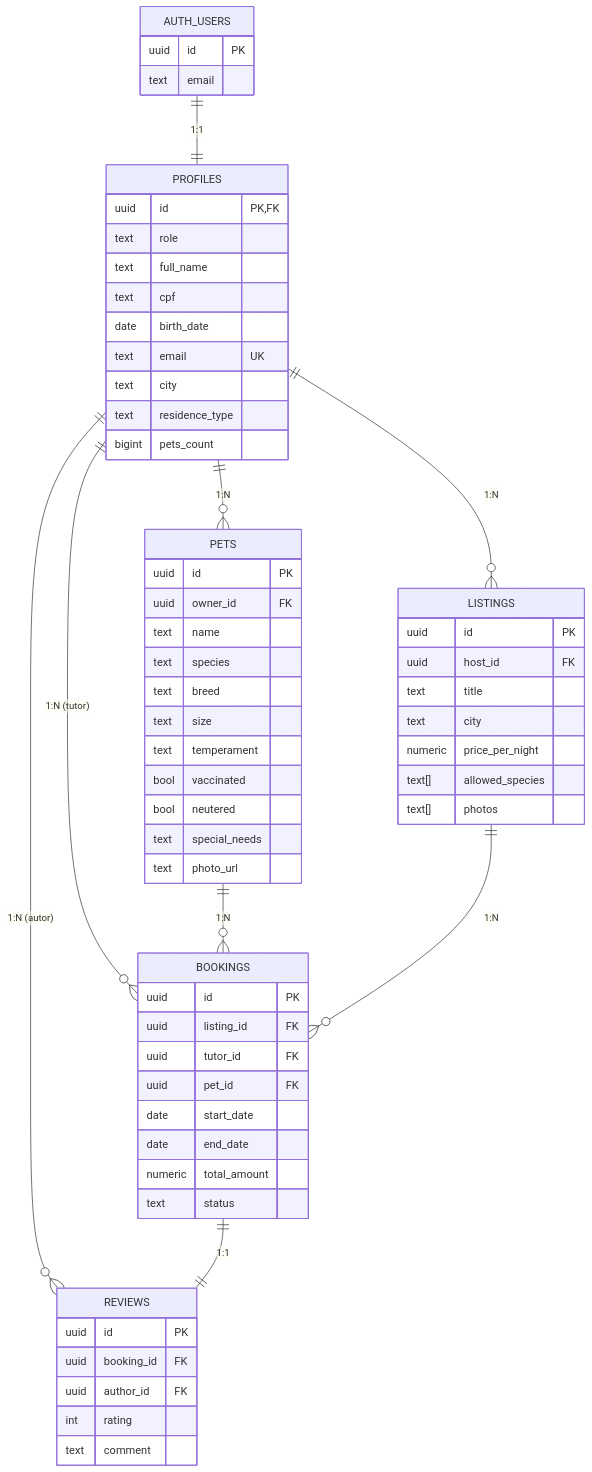
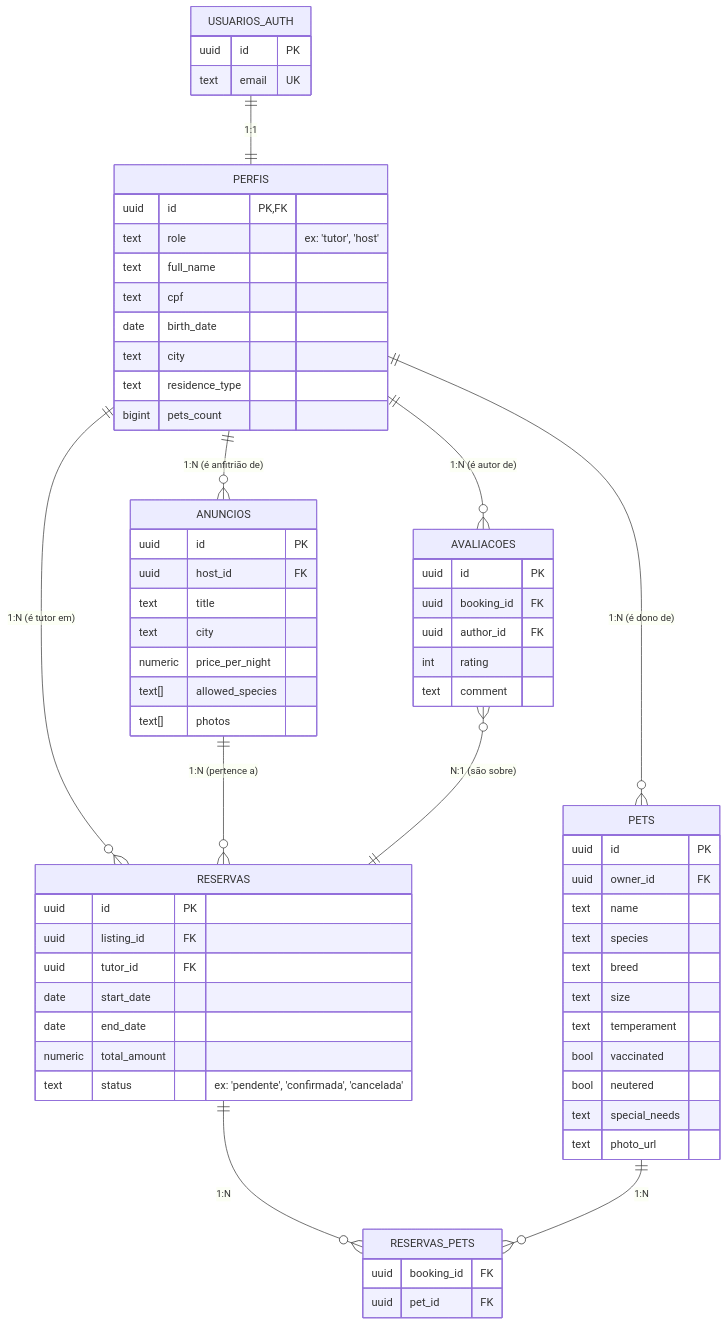
Before and after one commit to isabellrsf/PatasPousada: the diagram in MER.md, drawn with Mermaid. The commit also changed 21 other files, not shown here.

````diff
--- a/MER.md
+++ b/MER.md
@@ -1,71 +1,81 @@
 ```mermaid
 erDiagram
-  AUTH_USERS {
+  USUARIOS_AUTH {
     uuid id PK
-    text email
+    text email UK
   }
 
-  PROFILES {
+  PERFIS {
     uuid id PK, FK
-    text role
+    text role "ex: 'tutor', 'host'"
     text full_name
     text cpf
     date birth_date
-    text email UK
     text city
     text residence_type
     bigint pets_count
   }
 
   PETS {
     uuid id PK
     uuid owner_id FK
     text name
     text species
     text breed
     text size
     text temperament
     bool vaccinated
     bool neutered
     text special_needs
     text photo_url
   }
 
-  LISTINGS {
+  ANUNCIOS {
     uuid id PK
     uuid host_id FK
     text title
     text city
     numeric price_per_night
     text[] allowed_species
     text[] photos
   }
 
-  BOOKINGS {
+  RESERVAS {
     uuid id PK
     uuid listing_id FK
     uuid tutor_id FK
-    uuid pet_id FK
     date start_date
     date end_date
     numeric total_amount
-    text status
+    text status "ex: 'pendente', 'confirmada', 'cancelada'"
   }
 
-  REVIEWS {
+  RESERVAS_PETS {
+    uuid booking_id FK
+    uuid pet_id FK
+  }
+
+  AVALIACOES {
     uuid id PK
     uuid booking_id FK
     uuid author_id FK
     int rating
     text comment
   }
 
-  AUTH_USERS ||--|| PROFILES : "1:1"
-  PROFILES ||--o{ PETS : "1:N"
-  PROFILES ||--o{ LISTINGS : "1:N"
-  PROFILES ||--o{ BOOKINGS : "1:N (tutor)"
-  PROFILES ||--o{ REVIEWS : "1:N (autor)"
-  PETS ||--o{ BOOKINGS : "1:N"
-  LISTINGS ||--o{ BOOKINGS : "1:N"
-  BOOKINGS ||--|| REVIEWS : "1:1"
+  %% --- Relacionamentos ---
+  USUARIOS_AUTH ||--|| PERFIS : "1:1"
+
+  PERFIS ||--o{ PETS : "1:N (é dono de)"
+  PERFIS ||--o{ ANUNCIOS : "1:N (é anfitrião de)"
+  PERFIS ||--o{ RESERVAS : "1:N (é tutor em)"
+  PERFIS ||--o{ AVALIACOES : "1:N (é autor de)"
+
+  ANUNCIOS ||--o{ RESERVAS : "1:N (pertence a)"
+
+  AVALIACOES }o--|| RESERVAS : "N:1 (são sobre)"
+
+  %% Relação N:N para Pets em Reservas
+  RESERVAS ||--o{ RESERVAS_PETS : "1:N"
+  PETS ||--o{ RESERVAS_PETS : "1:N"
 ```
````
